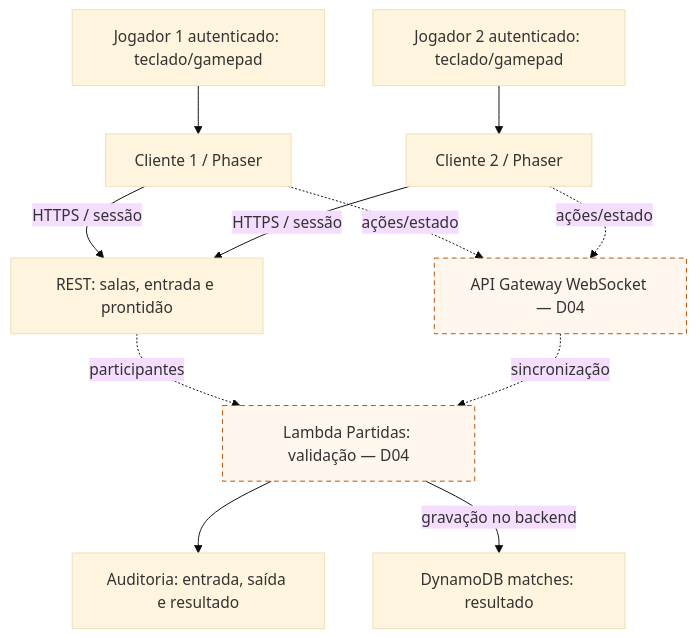
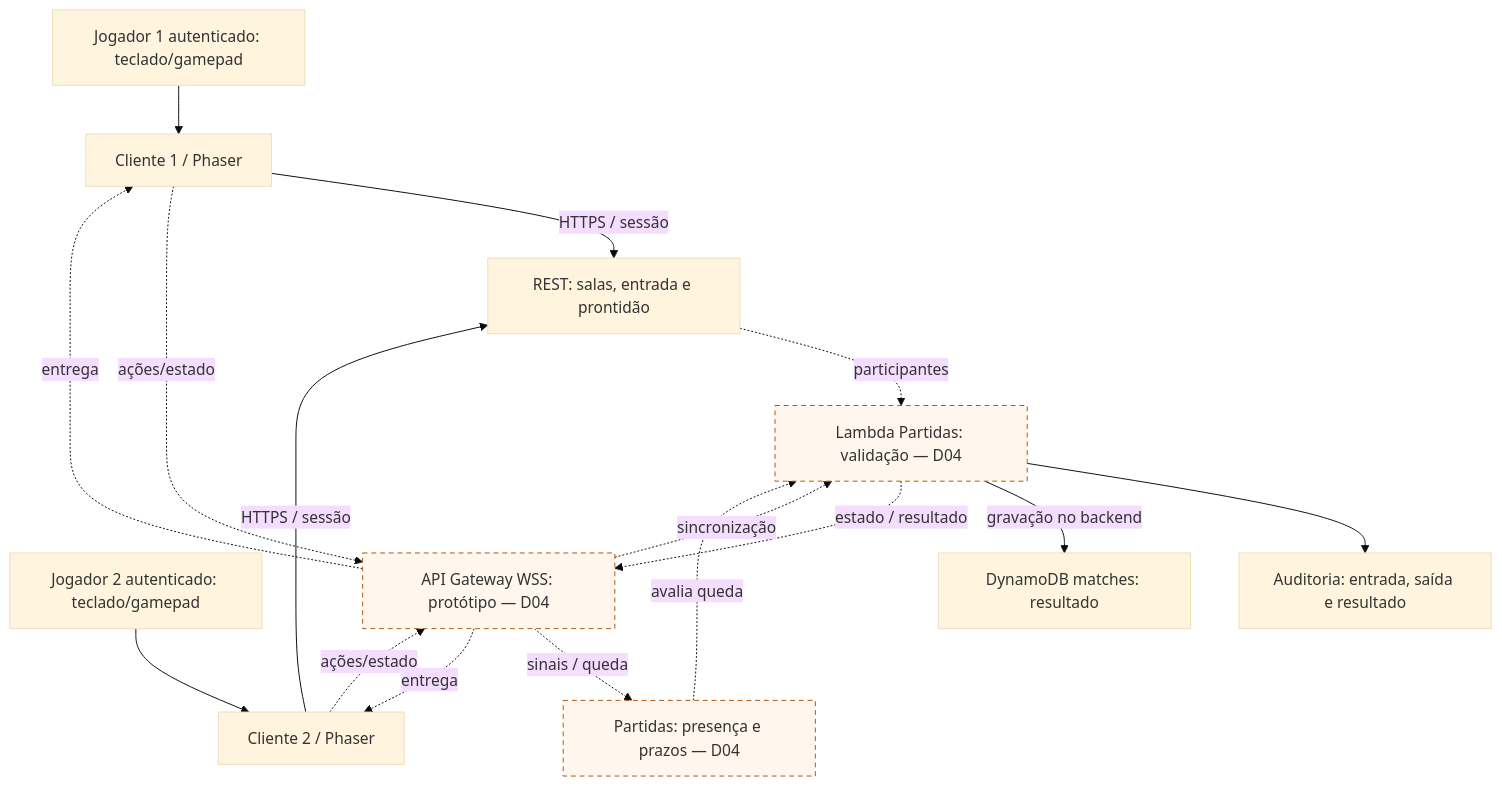
The seventh of 8 diagrams in isn/docs/sprint1/05-diagramas-de-blocos.md (ViViJp/jogo-projeto-topicos-especiais), drawn with Mermaid (base theme) before and after one commit. The commit also changed other lines of this file and 34 other files, not shown here.

````diff
--- a/isn/docs/sprint1/05-diagramas-de-blocos.md
+++ b/isn/docs/sprint1/05-diagramas-de-blocos.md
@@ -351,24 +259,30 @@
 ```mermaid
 flowchart TD
   p1["Jogador 1 autenticado: teclado/gamepad"]
   p2["Jogador 2 autenticado: teclado/gamepad"]
   c1["Cliente 1 / Phaser"]
   c2["Cliente 2 / Phaser"]
   rest["REST: salas, entrada e prontidão"]
-  realtime["API Gateway WebSocket — D04"]
+  realtime["API Gateway WSS: protótipo — D04"]
   authority["Lambda Partidas: validação — D04"]
   events["Auditoria: entrada, saída e resultado"]
   history["DynamoDB matches: resultado"]
+  presence["Partidas: presença e prazos — D04"]
   p1 --> c1
   p2 --> c2
   c1 -->|"HTTPS / sessão"| rest
   c2 -->|"HTTPS / sessão"| rest
   c1 -.->|"ações/estado"| realtime
   c2 -.->|"ações/estado"| realtime
   rest -.->|"participantes"| authority
   realtime -.->|"sincronização"| authority
   authority --> events
   authority -->|"gravação no backend"| history
+  realtime -.->|"sinais / queda"| presence
+  presence -.->|"avalia queda"| authority
+  authority -.->|"estado / resultado"| realtime
+  realtime -.->|"entrega"| c1
+  realtime -.->|"entrega"| c2
   classDef pending fill:#fff7ed,stroke:#b45309,stroke-dasharray:5 4
-  class realtime,authority pending
+  class realtime,authority,presence pending
 ```
````
